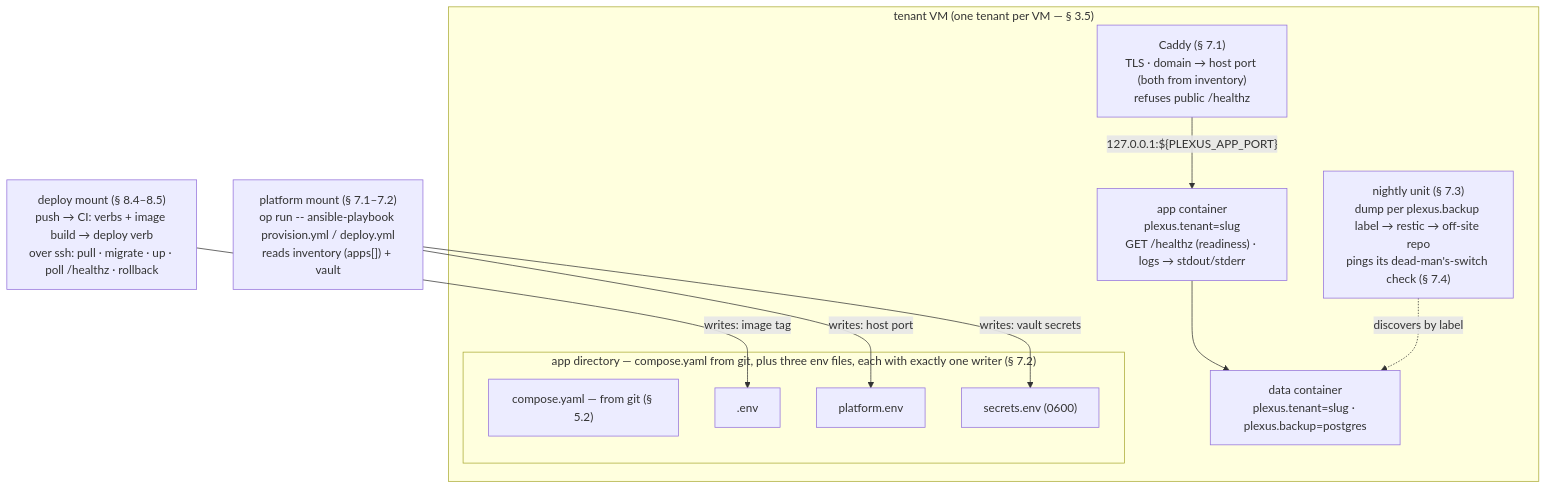
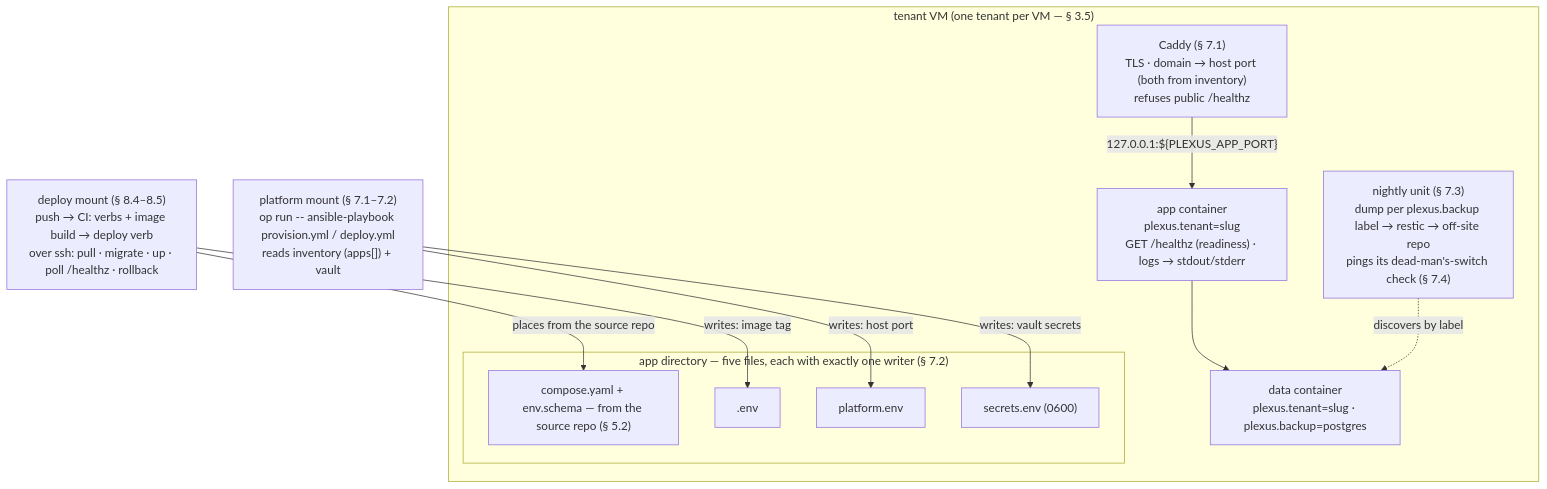
One commit to plexus-ms/compendium changed the second of 2 diagrams in plexus/standard.md. Above: the diagram before and after it, drawn with Mermaid. The commit also changed other lines of this file and 2 other files, not shown here.

First line of the commit message:
docs: decouple tenant from monorepo — one platform repo, N app repos

````diff
--- a/plexus/standard.md
+++ b/plexus/standard.md
@@ -416,23 +452,24 @@
 ```mermaid
 flowchart TB
   provisioning["platform mount (§ 7.1–7.2)<br>op run -- ansible-playbook provision.yml / deploy.yml<br>reads inventory (apps[]) + vault"]
   deploy["deploy mount (§ 8.4–8.5)<br>push → CI: verbs + image build → deploy verb<br>over ssh: pull · migrate · up · poll /healthz · rollback"]
   subgraph vm["tenant VM (one tenant per VM — § 3.5)"]
     caddy["Caddy (§ 7.1)<br>TLS · domain → host port (both from inventory)<br>refuses public /healthz"]
-    subgraph appdir["app directory — compose.yaml from git, plus three env files, each with exactly one writer (§ 7.2)"]
-      compose["compose.yaml — from git (§ 5.2)"]
+    subgraph appdir["app directory — five files, each with exactly one writer (§ 7.2)"]
+      compose["compose.yaml + env.schema — from the source repo (§ 5.2)"]
       dotenv[".env"]
       platformenv["platform.env"]
       secretsenv["secrets.env (0600)"]
     end
     app["app container<br>plexus.tenant=slug<br>GET /healthz (readiness) · logs → stdout/stderr"]
     data["data container<br>plexus.tenant=slug · plexus.backup=postgres"]
     backup["nightly unit (§ 7.3)<br>dump per plexus.backup label → restic → off-site repo<br>pings its dead-man's-switch check (§ 7.4)"]
   end
   provisioning -- "writes: host port" --> platformenv
   provisioning -- "writes: vault secrets" --> secretsenv
   deploy -- "writes: image tag" --> dotenv
+  deploy -- "places from the source repo" --> compose
   caddy -- "127.0.0.1:${PLEXUS_APP_PORT}" --> app
   app --> data
   backup -. "discovers by label" .-> data
 ```
````
